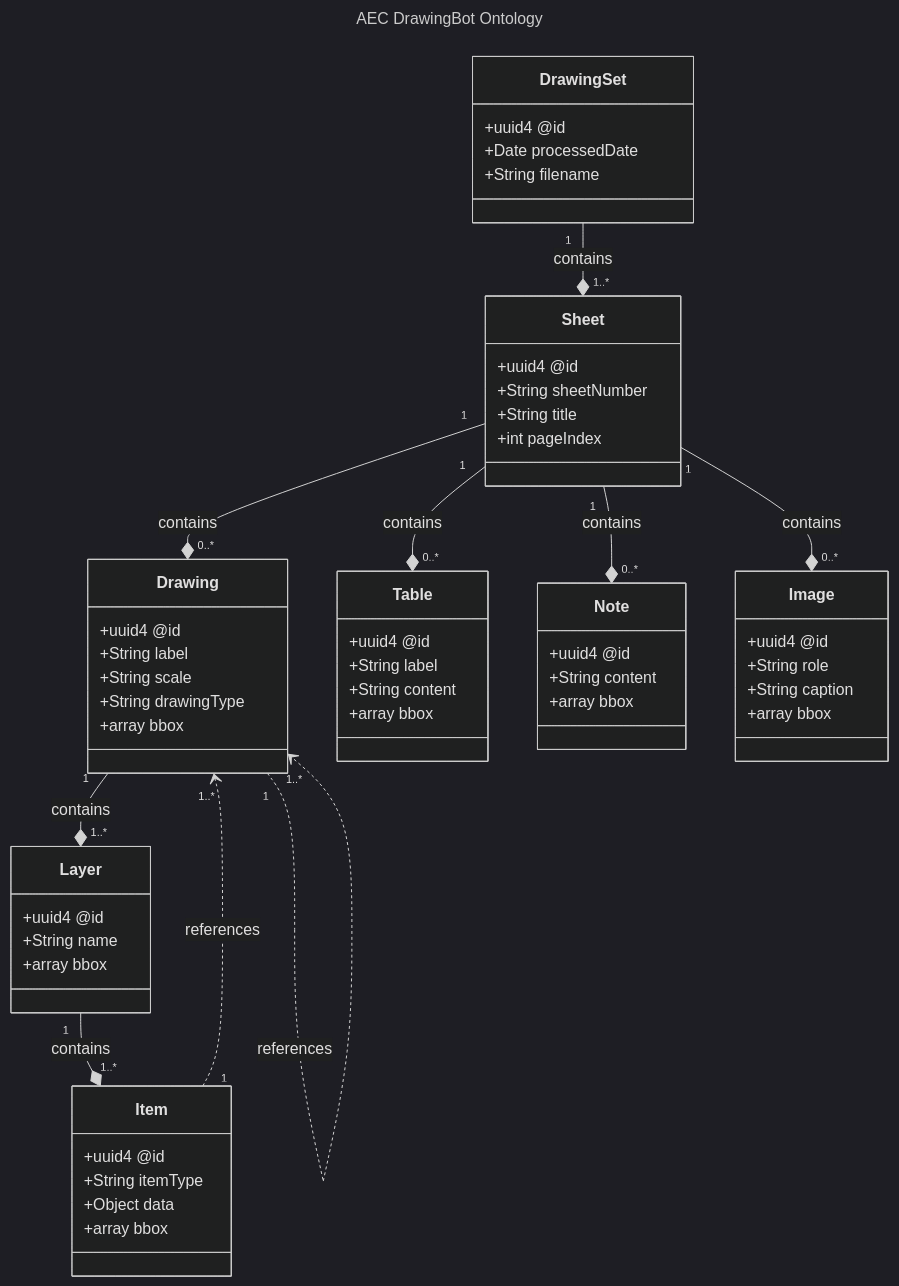
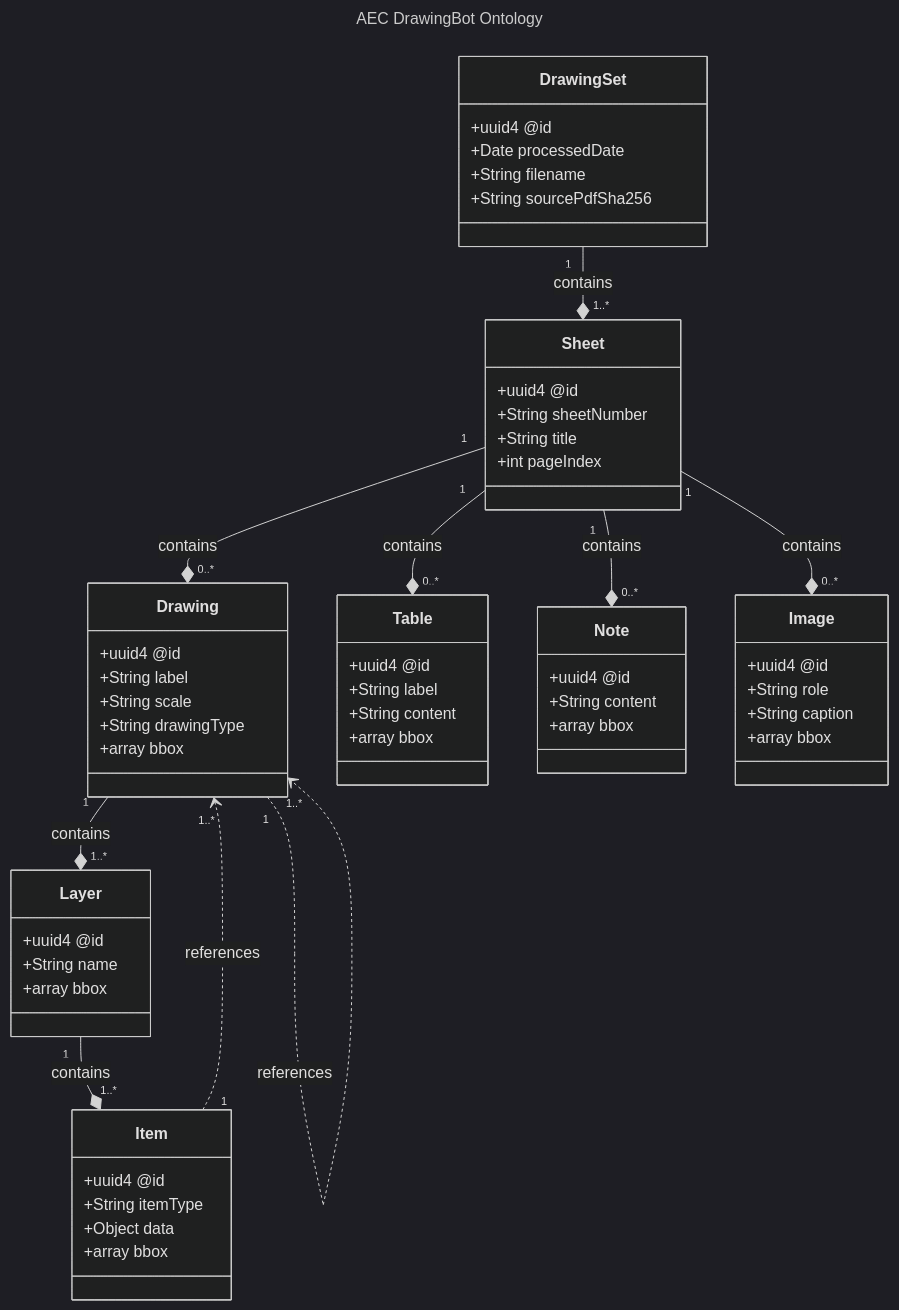
The diagram in ontology/v0.3.0/diagram.mmd (jeff-carmichael/aecdo), drawn with Mermaid (dark theme) before and after one commit. The commit also changed 27 other files, not shown here.

First line of the commit message:
Record the source PDF's hash and warn when a PDF doesn't match

```diff
--- a/ontology/v0.3.0/diagram.mmd
+++ b/ontology/v0.3.0/diagram.mmd
@@ -1,64 +1,65 @@
 ---
 title: AEC DrawingBot Ontology
 ---
 
 classDiagram
     class DrawingSet {
 		    +uuid4 @id
 		    +Date processedDate
 		    +String filename
+		    +String sourcePdfSha256
     }
     class Sheet {
 		    +uuid4 @id
 		    +String sheetNumber
 		    +String title
 		    +int pageIndex
     }
     class Drawing {
 		    +uuid4 @id
 		    +String label
 		    +String scale
 		    +String drawingType
 		    +array bbox
     }
     class Layer {
 		    +uuid4 @id
 		    +String name
 		    +array bbox
     }
     class Item {
 		    +uuid4 @id
 		    +String itemType
 		    +Object data
 		    +array bbox
     }
     class Table {
 		    +uuid4 @id
 		    +String label
 		    +String content
 		    +array bbox
     }
     class Note {
 		    +uuid4 @id
 		    +String content
 		    +array bbox
     }
     class Image {
 		    +uuid4 @id
 		    +String role
 		    +String caption
 		    +array bbox
     }
 
 		%% Structure Relationships
     DrawingSet "1" --* "1..*" Sheet : contains
     Sheet "1" --* "0..*" Drawing : contains
     Sheet "1" --* "0..*" Table : contains
     Sheet "1" --* "0..*" Note : contains
     Sheet "1" --* "0..*" Image : contains
     Drawing "1" --* "1..*" Layer : contains
     Layer "1" --* "1..*" Item : contains
 
     %% The Reference Relationships
     Drawing "1" ..> "1..*" Drawing : references
     Item "1" ..> "1..*" Drawing : references
```
